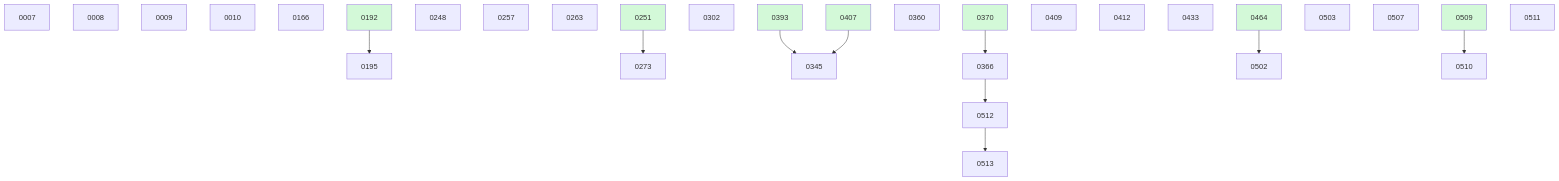
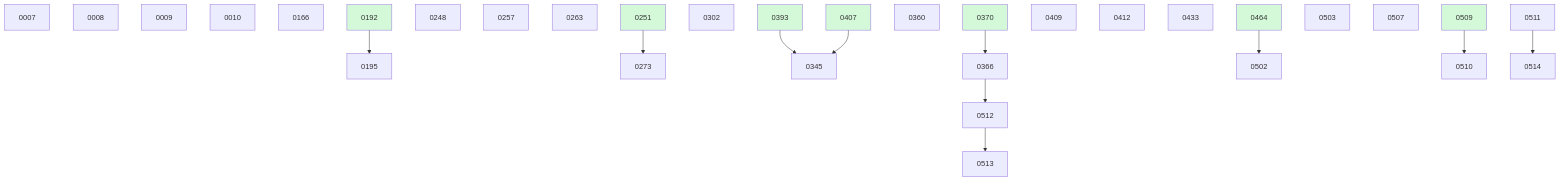
Before and after one commit to danielhanold/docket: the diagram in docs/changes/BOARD.md, drawn with Mermaid. The commit also changed other lines of this file and 1 other file, not shown here.

````diff
--- a/docs/changes/BOARD.md
+++ b/docs/changes/BOARD.md
@@ -49,36 +50,37 @@
 ```mermaid
 graph TD
   0007
   0008
   0009
   0010
   0166
   0192 --> 0195
   0248
   0257
   0263
   0251 --> 0273
   0302
   0393 --> 0345
   0407 --> 0345
   0360
   0370 --> 0366
   0409
   0412
   0433
   0464 --> 0502
   0503
   0507
   0509 --> 0510
   0511
   0366 --> 0512
   0512 --> 0513
+  0511 --> 0514
   0192:::done
   0251:::done
   0370:::done
   0393:::done
   0407:::done
   0464:::done
   0509:::done
   classDef done fill:#d3f9d8;
 ```
````
